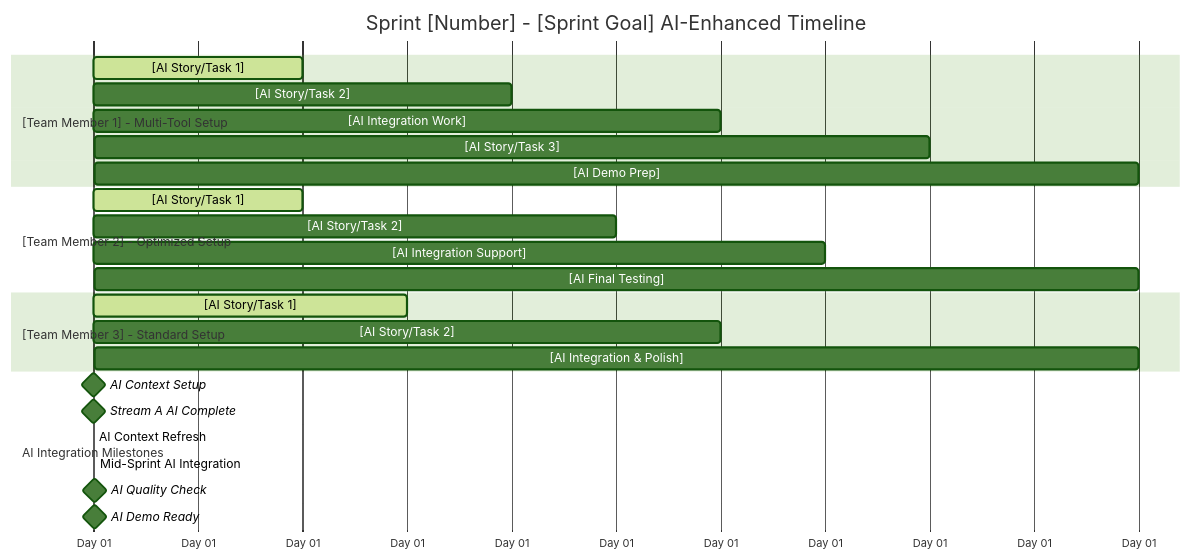
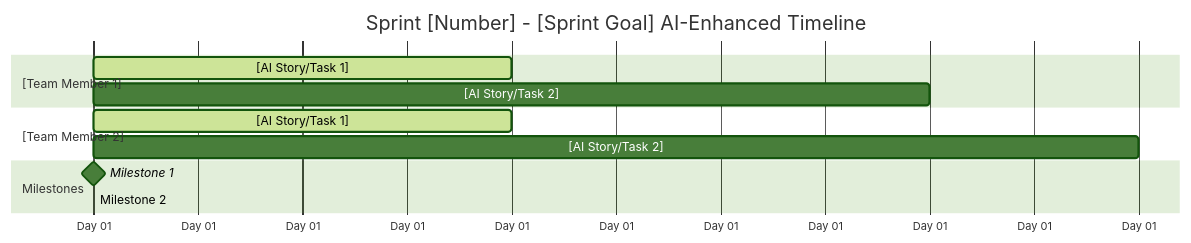
The diagram in bmad-agent/templates/sprint-planning-tmpl.md (lngyeen/face-check-in-flutter), drawn with Mermaid (forest theme) before and after one commit. The commit also changed other lines of this file and 7 other files, not shown here.

````diff
--- a/bmad-agent/templates/sprint-planning-tmpl.md
+++ b/bmad-agent/templates/sprint-planning-tmpl.md
@@ -96,32 +58,18 @@
 ```mermaid
 gantt
     title Sprint [Number] - [Sprint Goal] AI-Enhanced Timeline
     dateFormat  X
     axisFormat Day %d
     
-    section [Team Member 1] - Multi-Tool Setup
+    section [Team Member 1]
     [AI Story/Task 1]           :active, tm1s1, 0, 2
     [AI Story/Task 2]           :tm1s2, 2, 4
-    [AI Integration Work]       :tm1int, 4, 6
-    [AI Story/Task 3]           :tm1s3, 6, 8
-    [AI Demo Prep]              :tm1demo, 8, 10
     
-    section [Team Member 2] - Optimized Setup
+    section [Team Member 2]
     [AI Story/Task 1]           :active, tm2s1, 0, 2
     [AI Story/Task 2]           :tm2s2, 2, 5
-    [AI Integration Support]    :tm2int, 5, 7
-    [AI Final Testing]          :tm2test, 7, 10
     
-    section [Team Member 3] - Standard Setup
-    [AI Story/Task 1]           :active, tm3s1, 0, 3
-    [AI Story/Task 2]           :tm3s2, 3, 6
-    [AI Integration & Polish]   :tm3polish, 6, 10
-    
-    section AI Integration Milestones
-    AI Context Setup            :milestone, ai1, 0, 0d
-    Stream A AI Complete        :milestone, m1, 2, 0d
-    AI Context Refresh          :crit, ai2, 4, 0d
-    Mid-Sprint AI Integration   :crit, m2, 6, 0d
-    AI Quality Check            :milestone, ai3, 8, 0d
-    AI Demo Ready               :milestone, m4, 10, 0d
+    section Milestones
+    Milestone 1        :milestone, m1, 2, 0d
+    Milestone 2        :crit, m2, 6, 0d
 ```
````
